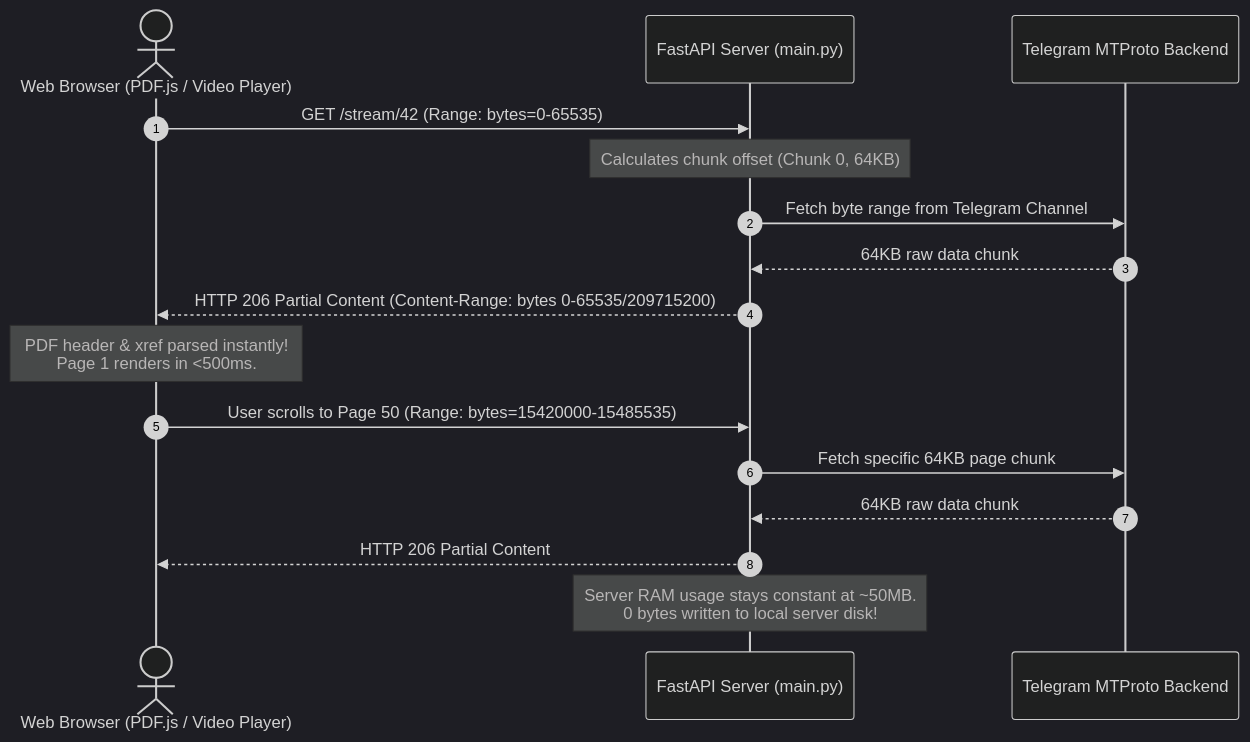
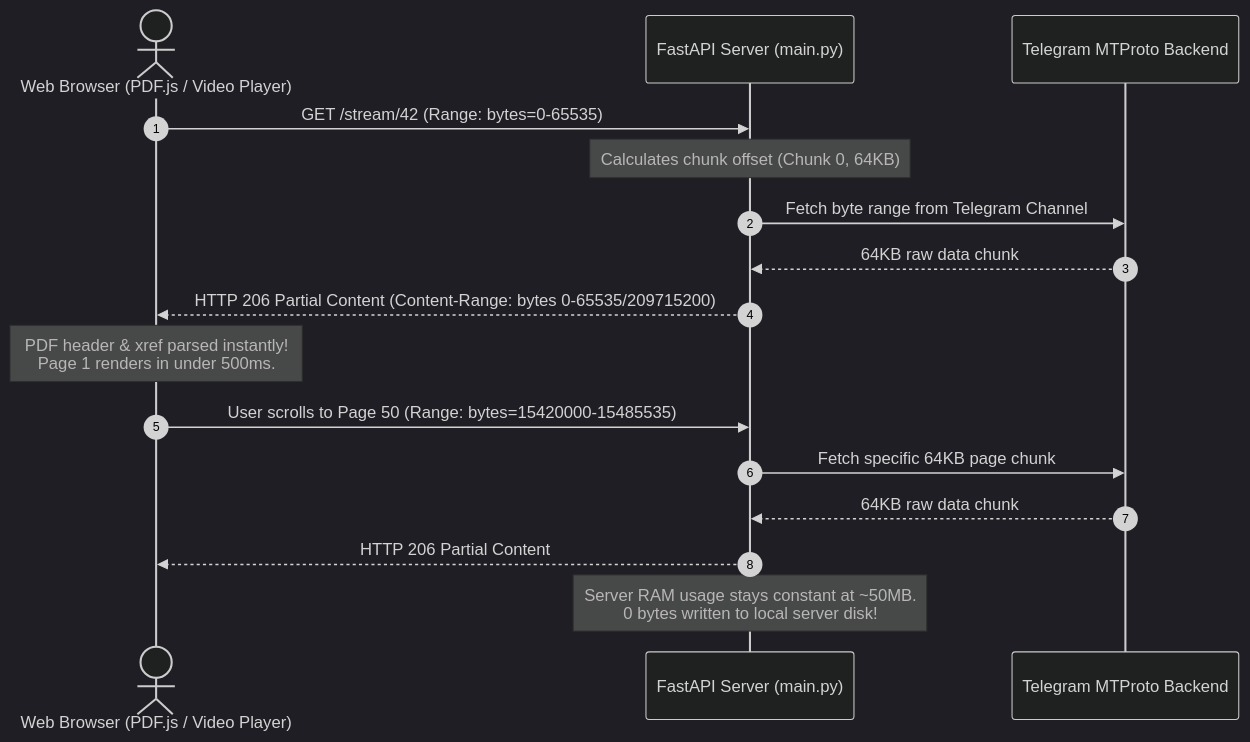
Before and after one commit to WebsiteLeLo/tgdrive: the second of 4 diagrams in README.md, drawn with Mermaid (dark theme). The commit also changed other lines of this file, not shown here.

Commit message:
fix(docs): resolve Mermaid syntax error on edge label

````diff
--- a/README.md
+++ b/README.md
@@ -106,20 +106,20 @@
 ```mermaid
 sequenceDiagram
     autonumber
     actor Browser as Web Browser (PDF.js / Video Player)
     participant Server as FastAPI Server (main.py)
     participant TG as Telegram MTProto Backend
 
     Browser->>Server: GET /stream/42 (Range: bytes=0-65535)
     Note over Server: Calculates chunk offset (Chunk 0, 64KB)
     Server->>TG: Fetch byte range from Telegram Channel
     TG-->>Server: 64KB raw data chunk
     Server-->>Browser: HTTP 206 Partial Content (Content-Range: bytes 0-65535/209715200)
-    Note over Browser: PDF header & xref parsed instantly!<br/>Page 1 renders in <500ms.
+    Note over Browser: PDF header & xref parsed instantly!<br/>Page 1 renders in under 500ms.
 
     Browser->>Server: User scrolls to Page 50 (Range: bytes=15420000-15485535)
     Server->>TG: Fetch specific 64KB page chunk
     TG-->>Server: 64KB raw data chunk
     Server-->>Browser: HTTP 206 Partial Content
     Note over Server: Server RAM usage stays constant at ~50MB.<br/>0 bytes written to local server disk!
 ```
````
